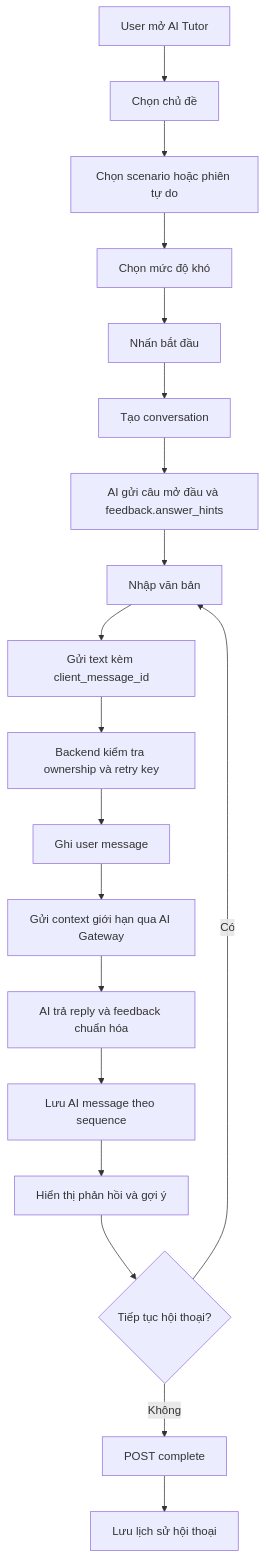
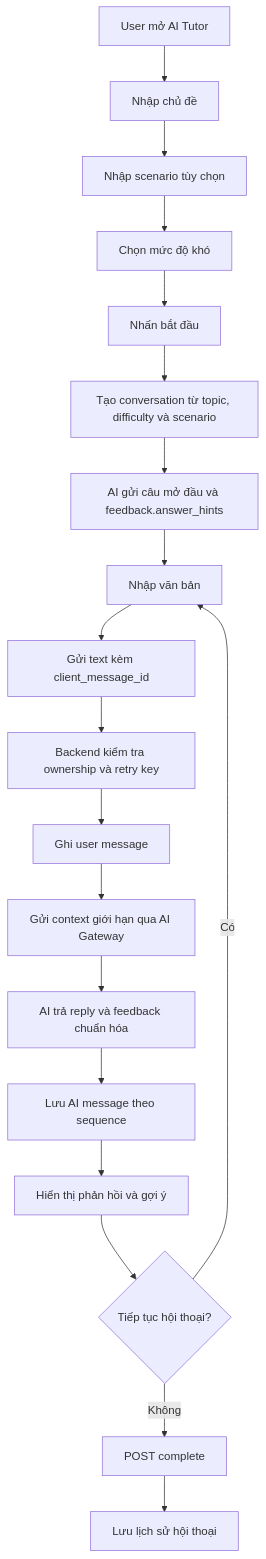
One commit to mrthinh307/kaiwa-up changed the ninth of 14 diagrams in docs/03-user-flow.md. Above: the diagram before and after it, drawn with Mermaid. The commit also changed 6 other files, not shown here.

Commit message:
docs(tutor): align Phase 2 with free-form flow

````diff
--- a/docs/03-user-flow.md
+++ b/docs/03-user-flow.md
@@ -347,21 +347,21 @@
 ```mermaid
 flowchart TD
-    A[User mở AI Tutor] --> B[Chọn chủ đề]
-    B --> C[Chọn scenario hoặc phiên tự do]
+    A[User mở AI Tutor] --> B[Nhập chủ đề]
+    B --> C[Nhập scenario tùy chọn]
     C --> D[Chọn mức độ khó]
     D --> E[Nhấn bắt đầu]
-    E --> F[Tạo conversation]
+    E --> F[Tạo conversation từ topic, difficulty và scenario]
     F --> G[AI gửi câu mở đầu và feedback.answer_hints]
     G --> H[Nhập văn bản]
     H --> I[Gửi text kèm client_message_id]
     I --> J[Backend kiểm tra ownership và retry key]
     J --> K[Ghi user message]
     K --> L[Gửi context giới hạn qua AI Gateway]
     L --> M[AI trả reply và feedback chuẩn hóa]
     M --> N[Lưu AI message theo sequence]
     N --> O[Hiển thị phản hồi và gợi ý]
     O --> P{Tiếp tục hội thoại?}
     P -- Có --> H
     P -- Không --> Q[POST complete]
     Q --> R[Lưu lịch sử hội thoại]
 ```
````
